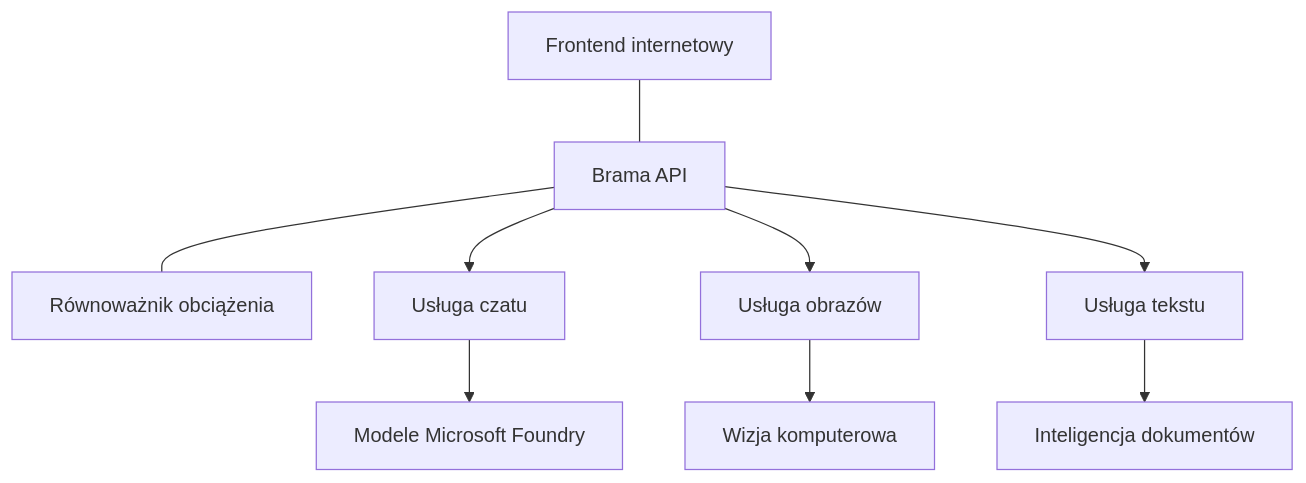
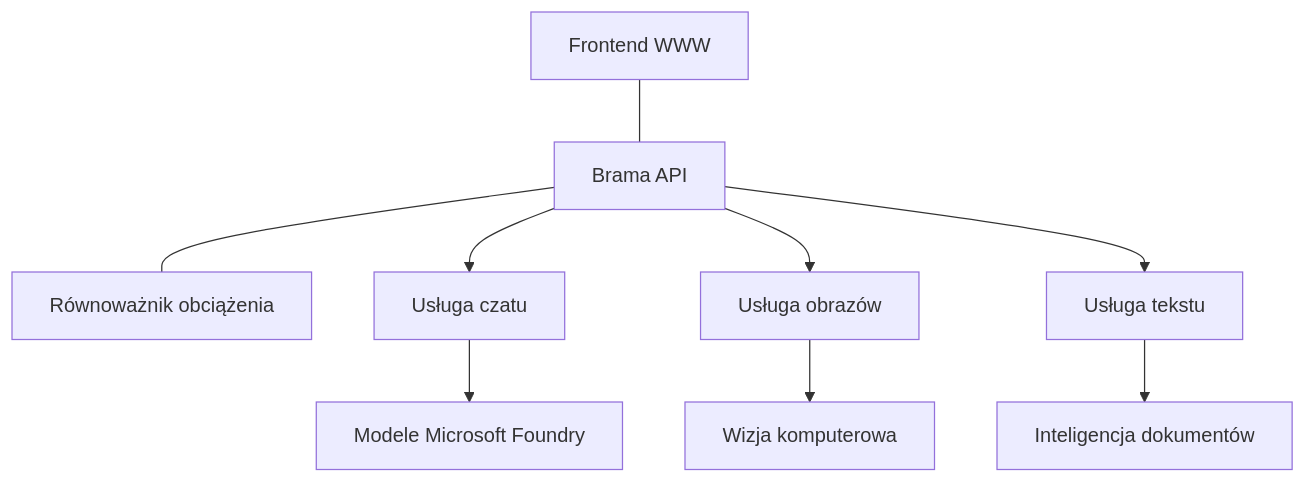
The diagram in translations/pl/docs/chapter-08-production/production-ai-practices.md (microsoft/AZD-for-beginners), drawn with Mermaid before and after one commit. The commit also changed other lines of this file and 104 other files, not shown here.

````diff
--- a/translations/pl/docs/chapter-08-production/production-ai-practices.md
+++ b/translations/pl/docs/chapter-08-production/production-ai-practices.md
@@ -30,10 +30,10 @@
 ```mermaid
 graph TD
-    Frontend[Frontend internetowy] --- Gateway[Brama API] --- LB[Równoważnik obciążenia]
+    Frontend[Frontend WWW] --- Gateway[Brama API] --- LB[Równoważnik obciążenia]
     Gateway --> Chat[Usługa czatu]
     Gateway --> Image[Usługa obrazów]
     Gateway --> Text[Usługa tekstu]
     Chat --> OpenAI[Modele Microsoft Foundry]
     Image --> Vision[Wizja komputerowa]
     Text --> DocIntel[Inteligencja dokumentów]
 ```
````
